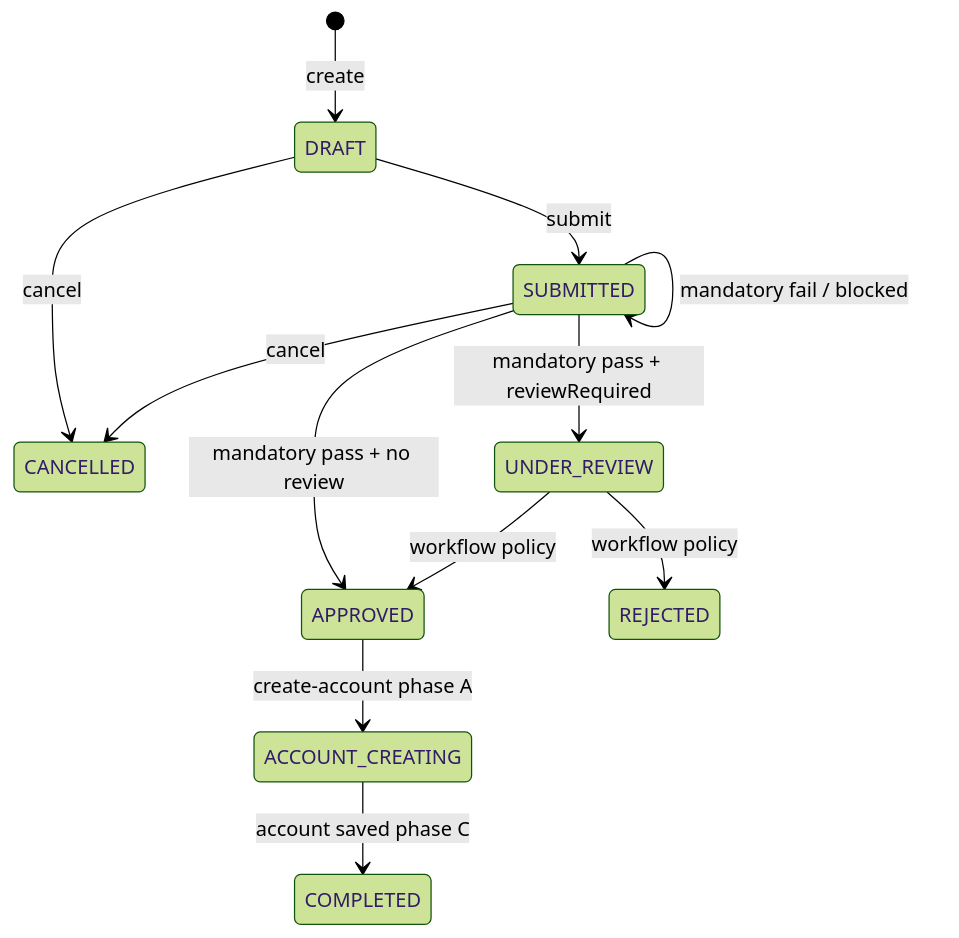
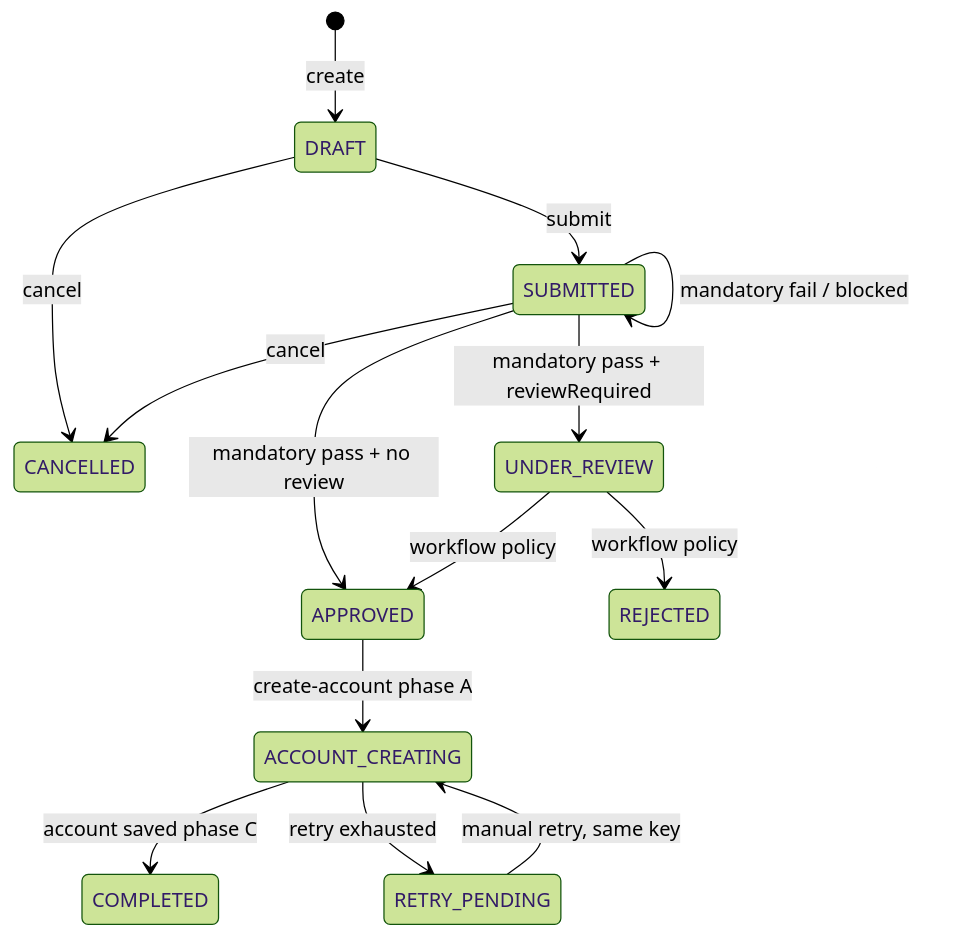
One commit to Mikokoomi/digital-account-opening changed the second of 2 diagrams in docs/workflow-design.md. Above: the diagram before and after it, drawn with Mermaid (forest theme). The commit also changed other lines of this file and 31 other files, not shown here.

````diff
--- a/docs/workflow-design.md
+++ b/docs/workflow-design.md
@@ -42,14 +44,16 @@
 ```mermaid
 stateDiagram-v2
     [*] --> DRAFT: create
     DRAFT --> SUBMITTED: submit
     DRAFT --> CANCELLED: cancel
     SUBMITTED --> CANCELLED: cancel
     SUBMITTED --> SUBMITTED: mandatory fail / blocked
     SUBMITTED --> APPROVED: mandatory pass + no review
     SUBMITTED --> UNDER_REVIEW: mandatory pass + reviewRequired
     UNDER_REVIEW --> APPROVED: workflow policy
     UNDER_REVIEW --> REJECTED: workflow policy
     APPROVED --> ACCOUNT_CREATING: create-account phase A
     ACCOUNT_CREATING --> COMPLETED: account saved phase C
+    ACCOUNT_CREATING --> RETRY_PENDING: retry exhausted
+    RETRY_PENDING --> ACCOUNT_CREATING: manual retry, same key
 ```
````
